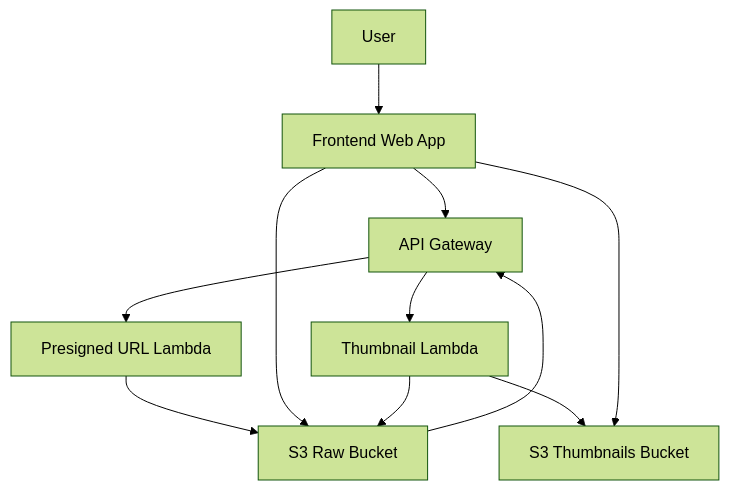
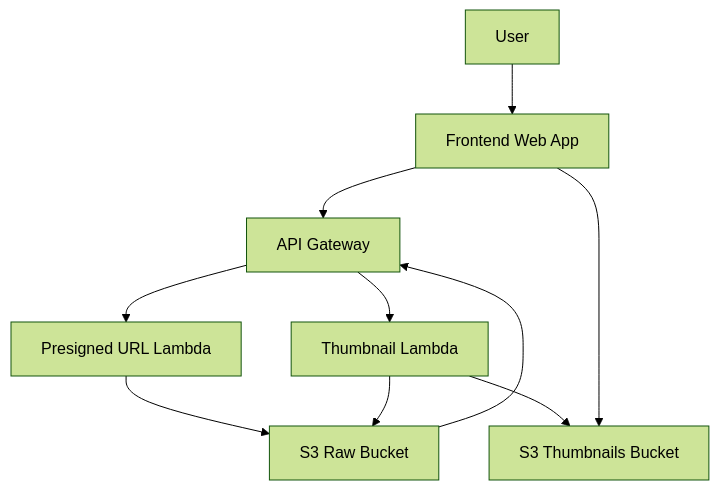
One commit to guderian120/s3_photo_sharing changed the first of 3 diagrams in Readme.md. Above: the diagram before and after it, drawn with Mermaid (forest theme).

Commit message:
update Readme.md to include new features

````diff
--- a/Readme.md
+++ b/Readme.md
@@ -14,13 +14,12 @@
 ```mermaid
 graph TD
     A[User] --> B[Frontend Web App]
     B --> C[API Gateway]
     C --> D[Presigned URL Lambda]
     D --> E[S3 Raw Bucket]
-    B --> E
     E --> C
     C --> F[Thumbnail Lambda]
     F --> E
     F --> G[S3 Thumbnails Bucket]
     B -->G
 ```
````
